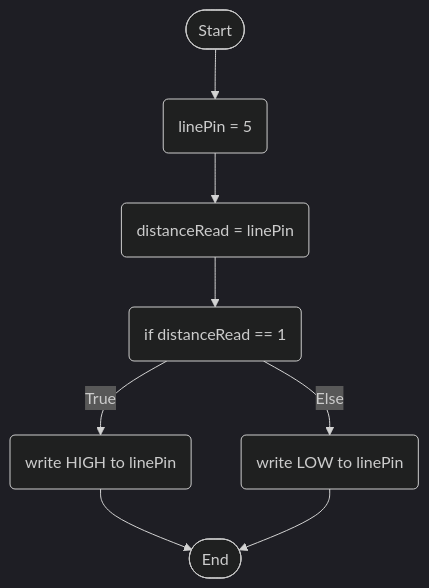
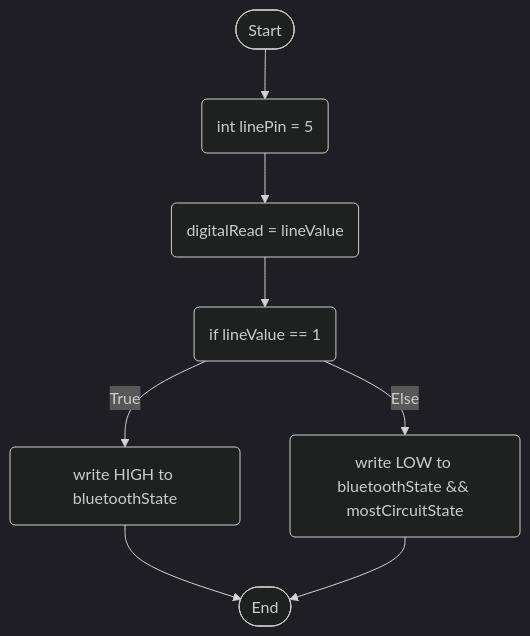
Before and after one commit to 4060269/SmartWorkstationAssessment3: the diagram in Flowcharts/lineLogic.md, drawn with Mermaid (dark theme).

````diff
--- a/Flowcharts/lineLogic.md
+++ b/Flowcharts/lineLogic.md
@@ -4,18 +4,18 @@
 ```mermaid
 flowchart TD
 terminalStart([Start])
 terminalEnd([End])
-setLinePin(linePin = 5)
-currentValue(distanceRead = linePin)
-activateLine0(if distanceRead == 1)
-activateLine1(write HIGH to linePin)
-activateLine2(write LOW to linePin)
+setLinePin(int linePin = 5)
+currentValue(digitalRead = lineValue)
+activateLine0(if lineValue == 1)
+activateLine1(write HIGH to bluetoothState)
+activateLine2(write LOW to bluetoothState && mostCircuitState)
 
 terminalStart --> setLinePin
 setLinePin --> currentValue
 currentValue --> activateLine0
 activateLine0 --> |True| activateLine1
 activateLine0 --> |Else| activateLine2
 activateLine1 --> terminalEnd
 activateLine2 --> terminalEnd
 ```
````
